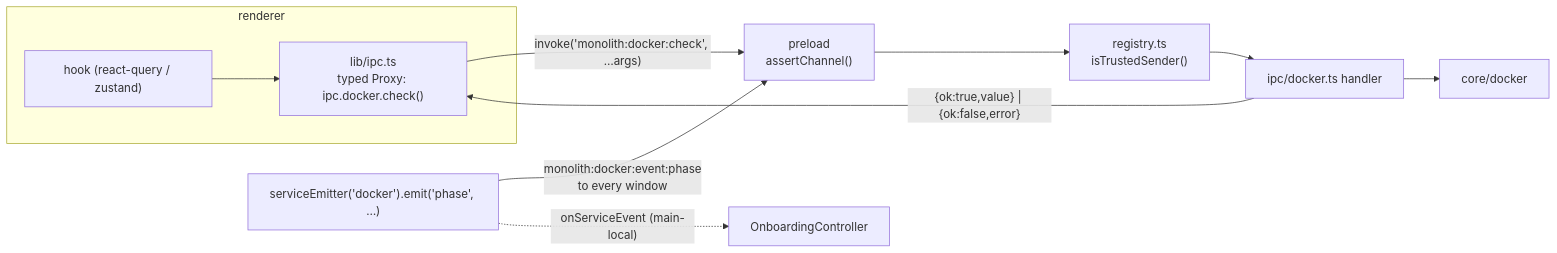
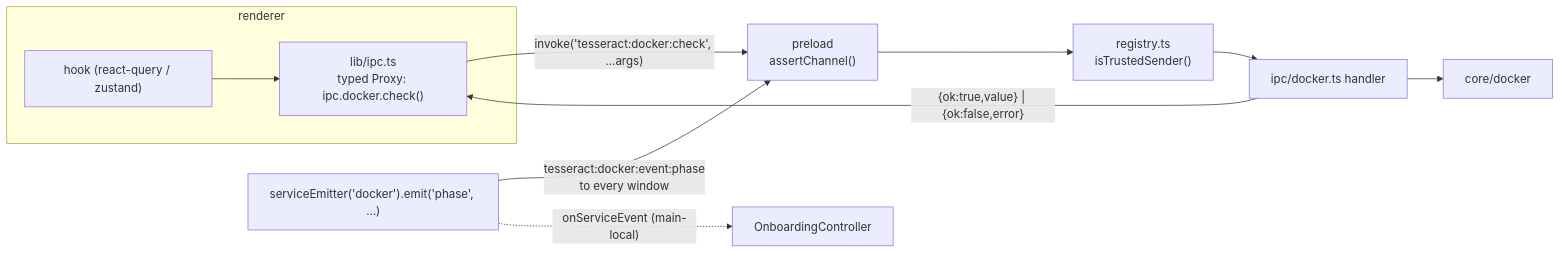
The third of 4 diagrams in docs/architecture/electron-desktop.md (kevin-roan/tesseract), drawn with Mermaid before and after one commit. The commit also changed other lines of this file and 3196 other files, not shown here.

````diff
--- a/docs/architecture/electron-desktop.md
+++ b/docs/architecture/electron-desktop.md
@@ -156,12 +156,12 @@
 ```mermaid
 flowchart LR
   subgraph renderer
     h["hook (react-query / zustand)"] --> ipc["lib/ipc.ts<br/>typed Proxy: ipc.docker.check()"]
   end
-  ipc -->|"invoke('monolith:docker:check', …args)"| pre["preload<br/>assertChannel()"]
+  ipc -->|"invoke('tesseract:docker:check', …args)"| pre["preload<br/>assertChannel()"]
   pre --> reg["registry.ts<br/>isTrustedSender()"]
   reg --> hd["ipc/docker.ts handler"] --> core["core/docker"]
   hd -->|"{ok:true,value} | {ok:false,error}"| ipc
-  em["serviceEmitter('docker').emit('phase', …)"] -->|"monolith:docker:event:phase<br/>to every window"| pre
+  em["serviceEmitter('docker').emit('phase', …)"] -->|"tesseract:docker:event:phase<br/>to every window"| pre
   em -.->|"onServiceEvent (main-local)"| oc["OnboardingController"]
 ```
````
